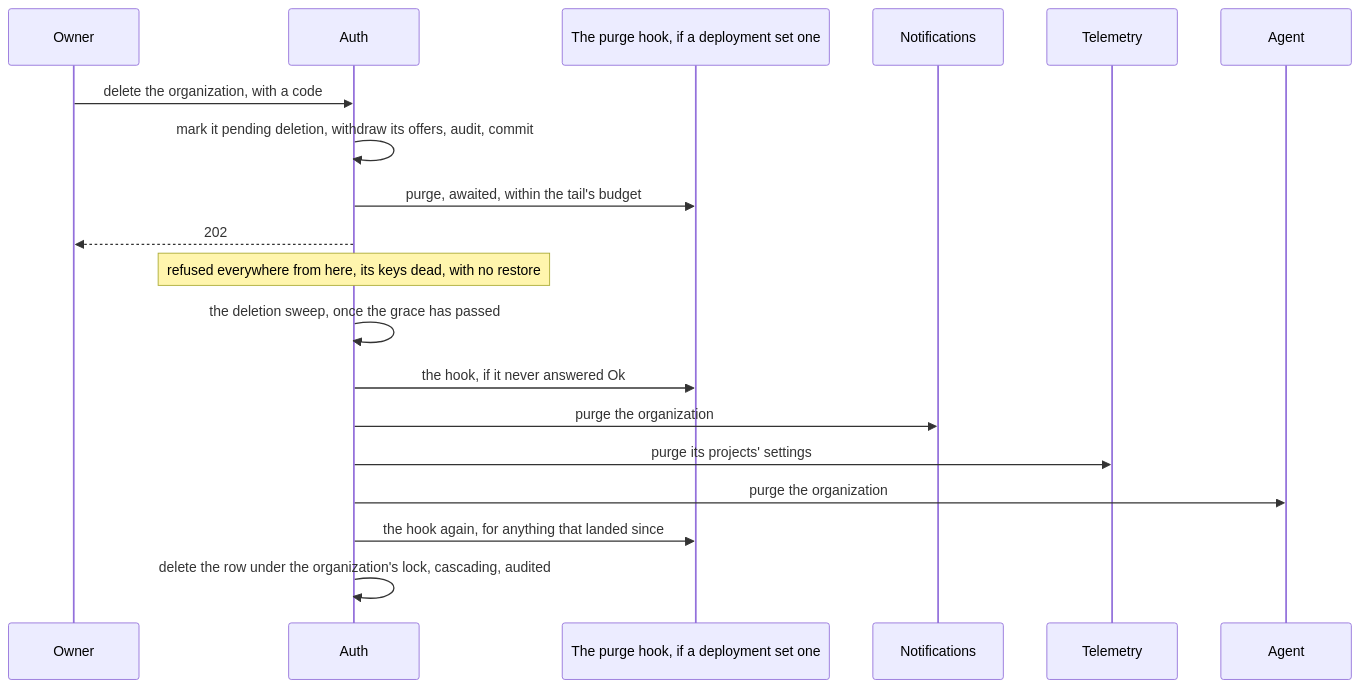
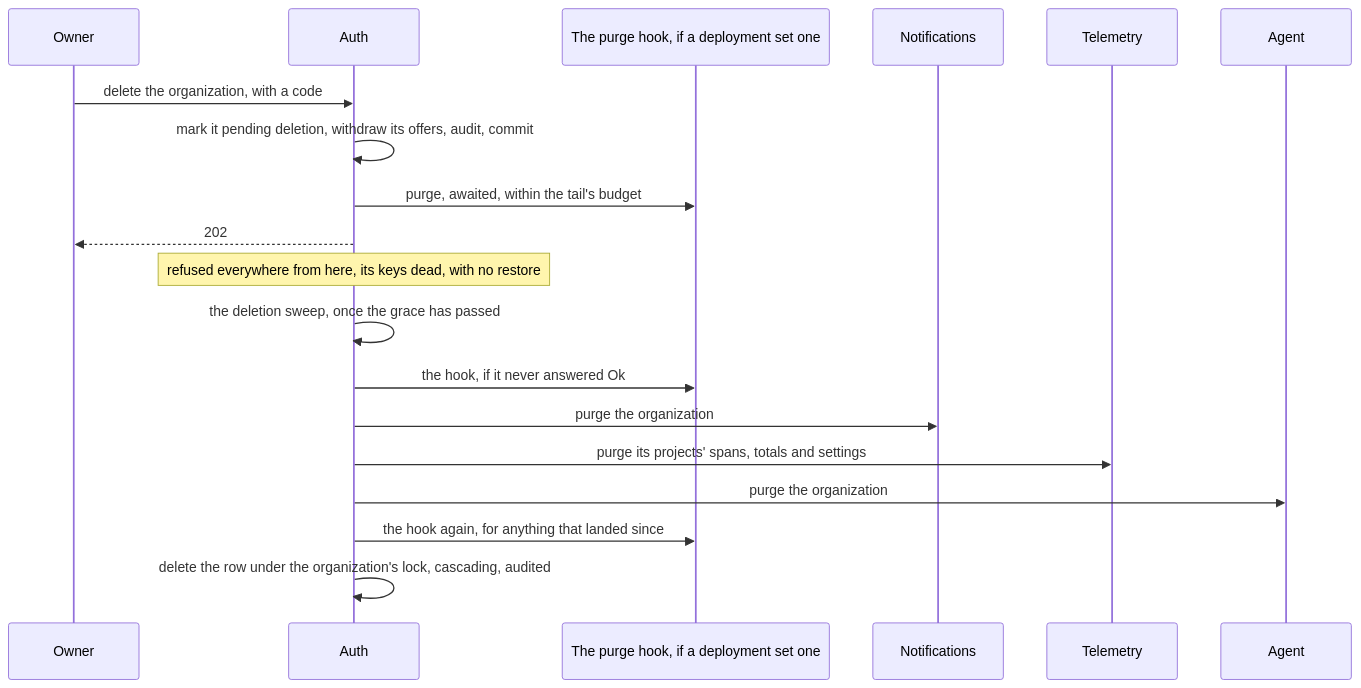
One commit to telmoni/telmoni changed the fourth of 5 diagrams in ARCHITECTURE.md. Above: the diagram before and after it, drawn with Mermaid. The commit also changed other lines of this file and 4 other files, not shown here.

````diff
--- a/ARCHITECTURE.md
+++ b/ARCHITECTURE.md
@@ -229,21 +235,21 @@
 ```mermaid
 sequenceDiagram
   participant O as Owner
   participant A as Auth
   participant H as The purge hook, if a deployment set one
   participant N as Notifications
   participant T as Telemetry
   participant G as Agent
   O->>A: delete the organization, with a code
   A->>A: mark it pending deletion, withdraw its offers, audit, commit
   A->>H: purge, awaited, within the tail's budget
   A-->>O: 202
   Note over A: refused everywhere from here, its keys dead, with no restore
   A->>A: the deletion sweep, once the grace has passed
   A->>H: the hook, if it never answered Ok
   A->>N: purge the organization
-  A->>T: purge its projects' settings
+  A->>T: purge its projects' spans, totals and settings
   A->>G: purge the organization
   A->>H: the hook again, for anything that landed since
   A->>A: delete the row under the organization's lock, cascading, audited
 ```
````
